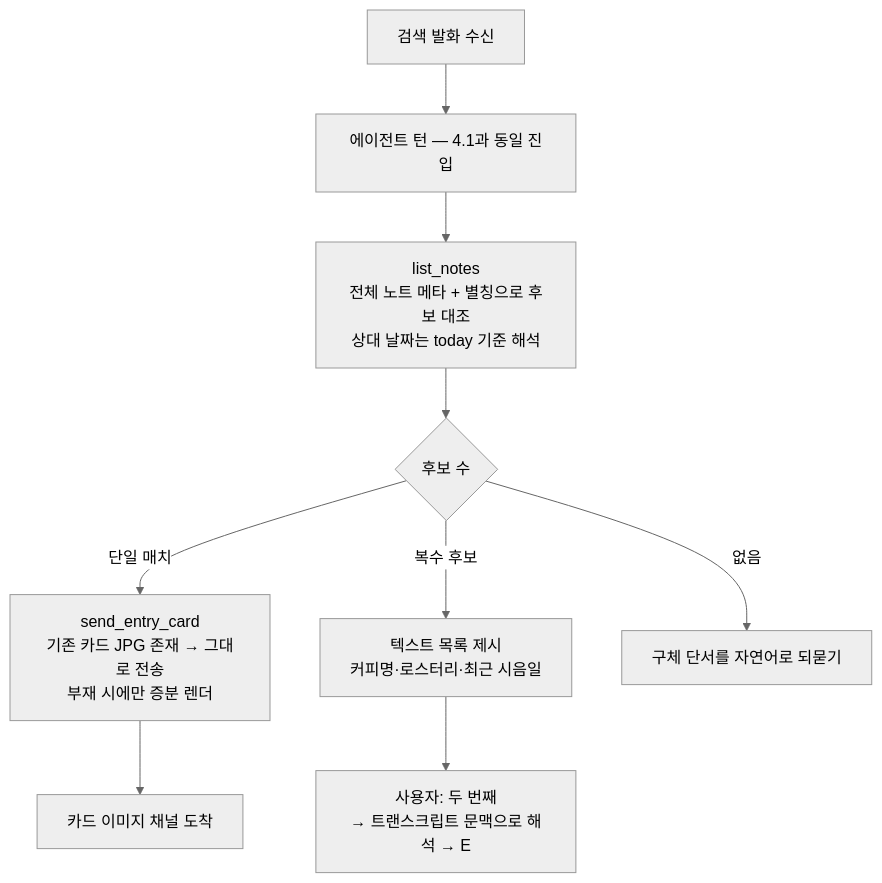
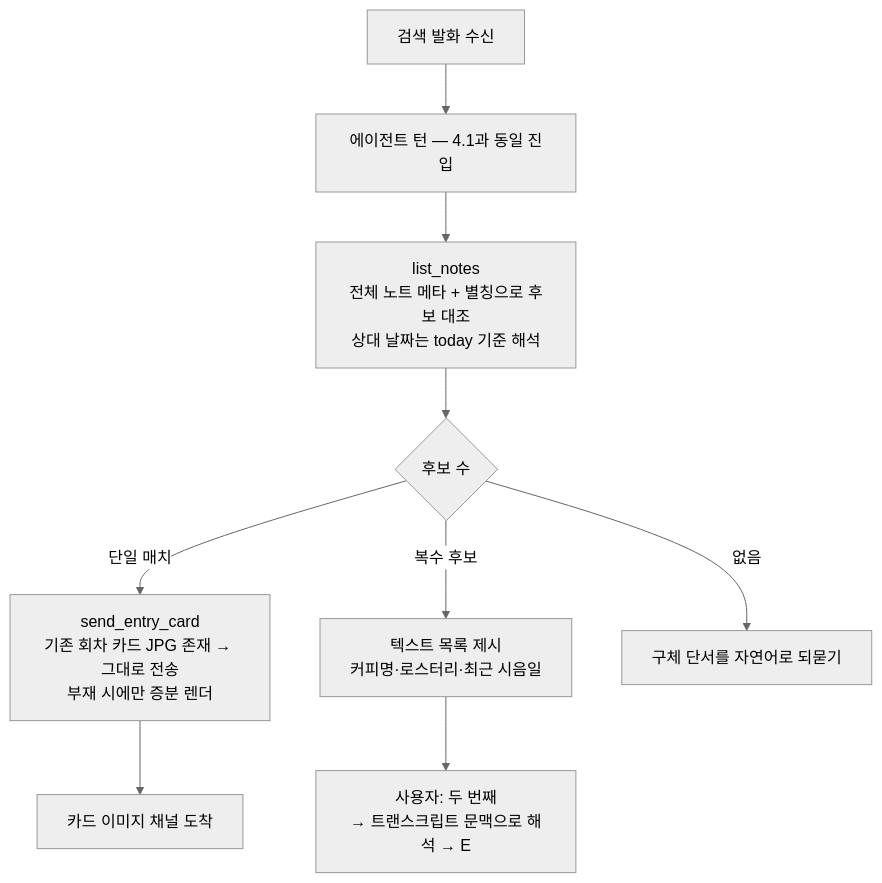
The fifth of 8 diagrams in docs/architecture-classes-and-flows.md (devwuu/mocha), drawn with Mermaid (neutral theme) before and after one commit. The commit also changed other lines of this file and 1 other file, not shown here.

````diff
--- a/docs/architecture-classes-and-flows.md
+++ b/docs/architecture-classes-and-flows.md
@@ -426,11 +467,11 @@
 ```mermaid
 flowchart TB
     A[검색 발화 수신] --> B[에이전트 턴 — 4.1과 동일 진입]
     B --> C[list_notes<br/>전체 노트 메타 + 별칭으로 후보 대조<br/>상대 날짜는 today 기준 해석]
     C --> D{후보 수}
-    D -->|단일 매치| E[send_entry_card<br/>기존 카드 JPG 존재 → 그대로 전송<br/>부재 시에만 증분 렌더]
+    D -->|단일 매치| E[send_entry_card<br/>기존 회차 카드 JPG 존재 → 그대로 전송<br/>부재 시에만 증분 렌더]
     D -->|복수 후보| F[텍스트 목록 제시<br/>커피명·로스터리·최근 시음일]
     F --> G["사용자: 두 번째<br/>→ 트랜스크립트 문맥으로 해석 → E"]
     D -->|없음| H[구체 단서를 자연어로 되묻기]
     E --> I[카드 이미지 채널 도착]
 ```
````
